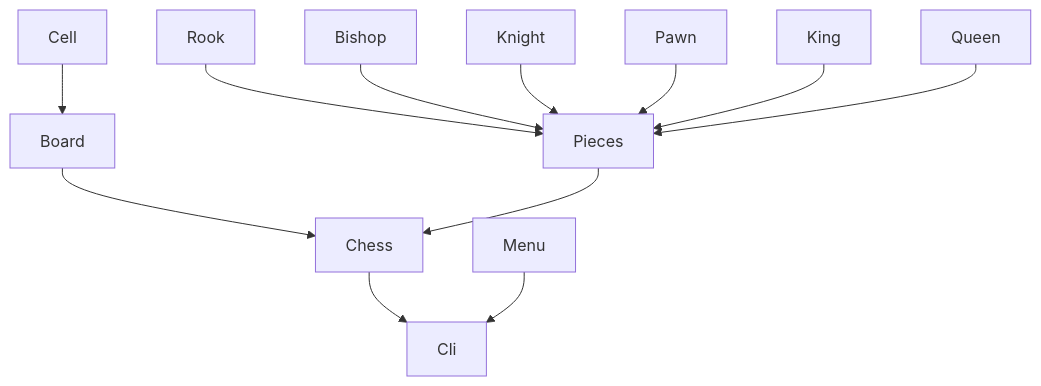
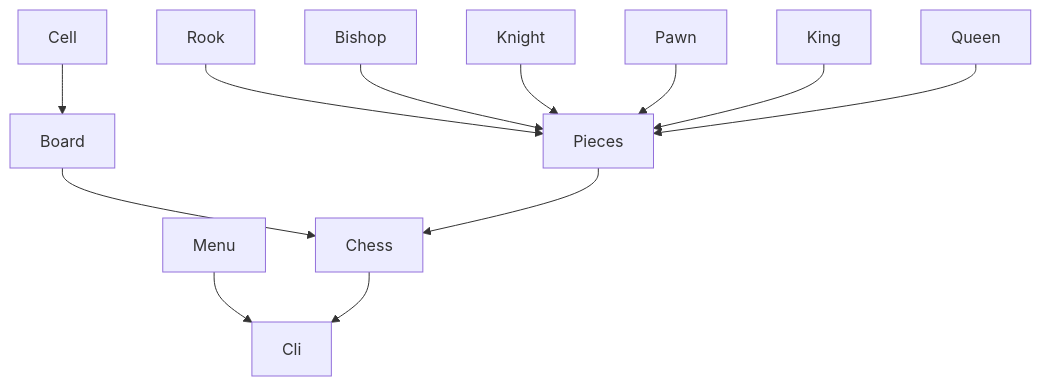
One commit to um-computacion-tm/ajedrez-2024-AugustoGiuffrida changed the diagram in README.md. Above: the diagram before and after it, drawn with Mermaid. The commit also changed other lines of this file, not shown here.

````diff
--- a/README.md
+++ b/README.md
@@ -40,14 +45,14 @@
 ```mermaid
 graph TD;
-    Chess-->Cli;
-    Board-->Chess;
-    Pieces-->Chess;
-    Cell-->Board;
     Rook-->Pieces;
     Bishop-->Pieces;
     Knight-->Pieces;
     Pawn-->Pieces;
     King-->Pieces;
     Queen-->Pieces;
     Menu-->Cli;
+    Chess-->Cli;
+    Board-->Chess;
+    Pieces-->Chess;
+    Cell-->Board;
 ```
````
